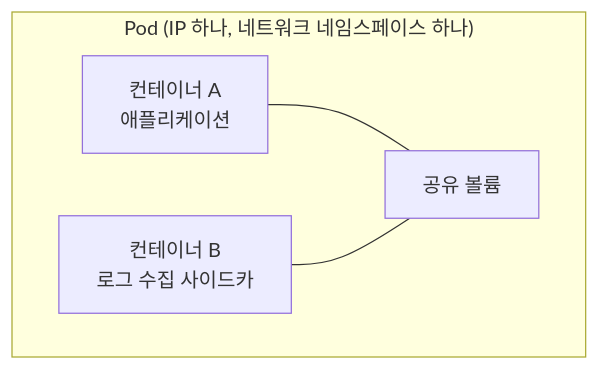
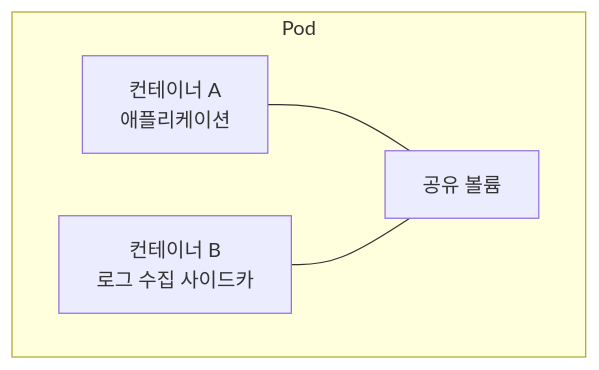
One commit to K-Diger/k-diger.github.io changed the second of 10 diagrams in _posts/2026-01-19-kubernetes-object-component-addon.md. Above: the diagram before and after it, drawn with Mermaid. The commit also changed 2 other files, not shown here.

Commit message:
style: 다른 글의 Mermaid subgraph 제목도 줄바꿈 겹침 위험 있는 것 정리
콤마 섞인 긴 subgraph 제목 3건(힙, 가상 스레드, Pod)을 짧게 줄임. 부연
설명은 이미 다이어그램 바로 위 본문 문단에 있어서 정보 손실 없음.

Claude-Session: https://claude.ai/code/session_0196zTgbTy6H6PipE5gguLck

````diff
--- a/_posts/2026-01-19-kubernetes-object-component-addon.md
+++ b/_posts/2026-01-19-kubernetes-object-component-addon.md
@@ -106,10 +106,10 @@
 ```mermaid
 flowchart TB
-    subgraph Pod["Pod (IP 하나, 네트워크 네임스페이스 하나)"]
+    subgraph Pod["Pod"]
         C1["컨테이너 A<br/>애플리케이션"]
         C2["컨테이너 B<br/>로그 수집 사이드카"]
         V["공유 볼륨"]
         C1 --- V
         C2 --- V
     end
 ```
````
